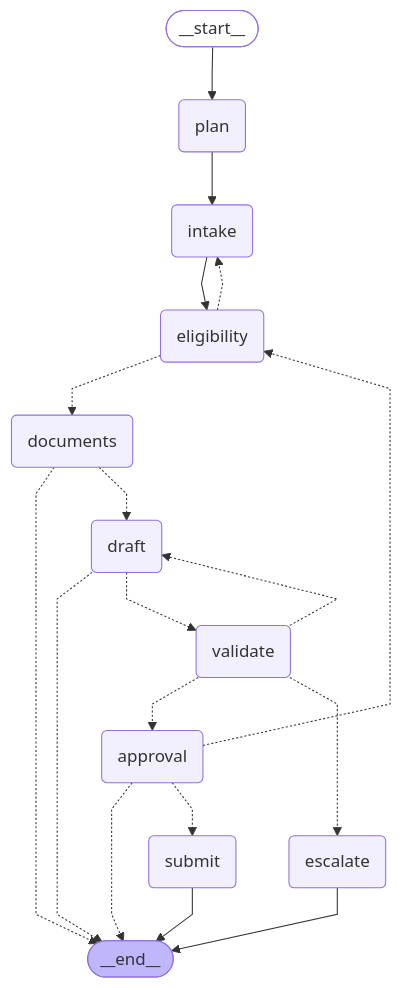
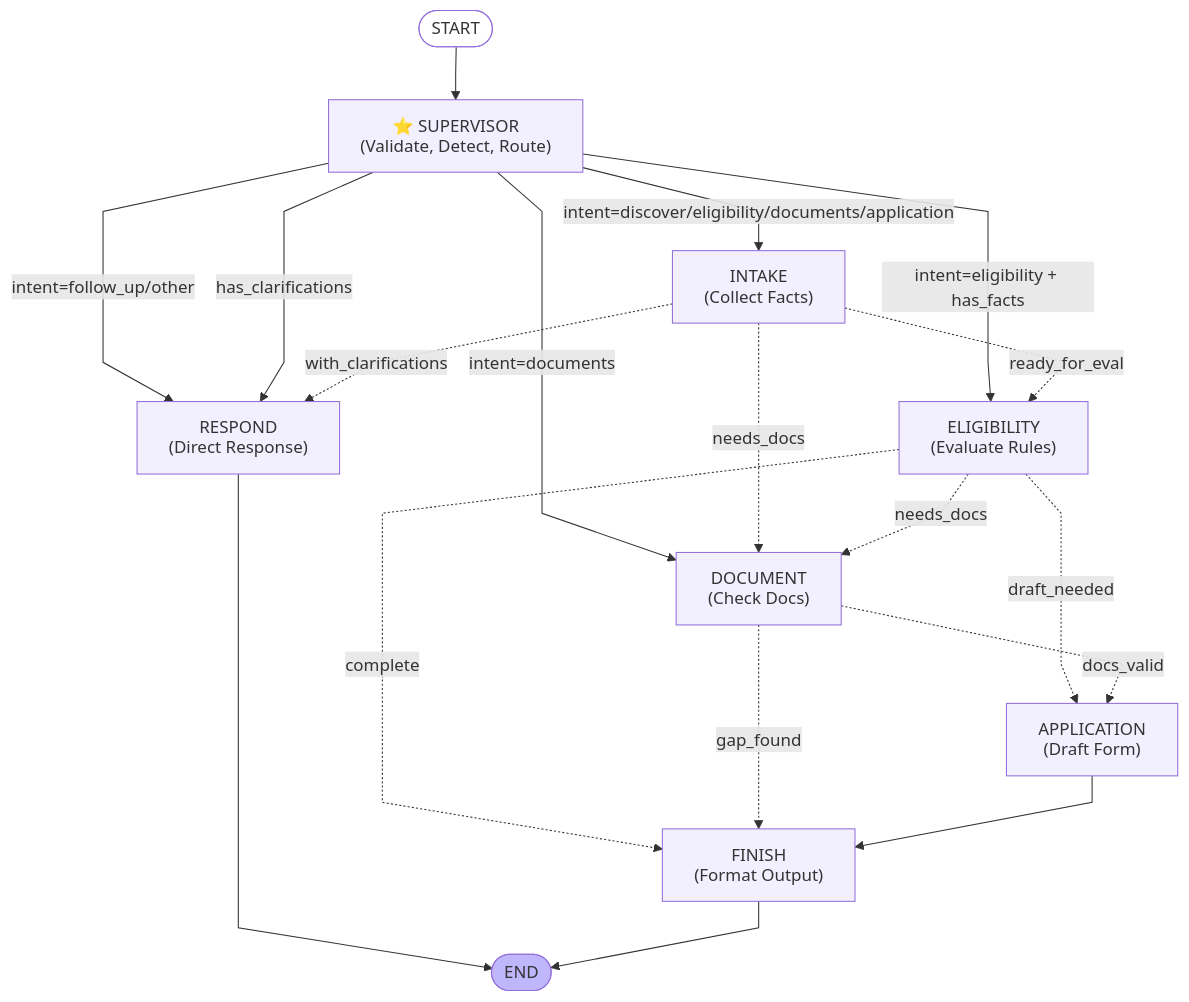
Before and after one commit to scheme-saathi/scheme-saathi: the diagram in docs/workflow-graph.md, drawn with Mermaid. The commit also changed other lines of this file and 2 other files, not shown here.

Commit message:
Update documentation to reflect Supervisor-first architecture
- TESTING_GUIDE_LOCAL.md: Update workflow execution order to show Supervisor as mandatory entry point first; add comprehensive workflow execution order diagram and verification section
- docs/workflow-graph.md: Replace old workflow graph with new Supervisor-first architecture; show conditional edges from Supervisor to all specialist agents
- AGENTS_REFERENCE_CARD.md: Update agent overview table to show Supervisor as first agent; update usage patterns, workflow state machine, and example conversations to reflect new flow; update quicklookup and remember sections

All 68 tests passing (15 workflow + 53 supervisor guardrails).

````diff
--- a/docs/workflow-graph.md
+++ b/docs/workflow-graph.md
@@ -9,39 +9,46 @@
 ```mermaid
 ---
 config:
   flowchart:
     curve: linear
 ---
 graph TD;
-	__start__([<p>__start__</p>]):::first
-	plan(plan)
-	intake(intake)
-	eligibility(eligibility)
-	documents(documents)
-	draft(draft)
-	validate(validate)
-	escalate(escalate)
-	approval(approval)
-	submit(submit)
-	__end__([<p>__end__</p>]):::last
-	__start__ --> plan;
-	approval -.-> __end__;
-	approval -.-> eligibility;
-	approval -.-> submit;
-	documents -.-> __end__;
-	documents -.-> draft;
-	draft -.-> __end__;
-	draft -.-> validate;
-	eligibility -.-> documents;
-	eligibility -.-> intake;
-	intake --> eligibility;
-	plan --> intake;
-	validate -.-> approval;
-	validate -.-> draft;
-	validate -.-> escalate;
-	escalate --> __end__;
-	submit --> __end__;
+	__start__([<p>START</p>]):::first
+	supervisor["⭐ SUPERVISOR<br/>(Validate, Detect, Route)"]
+	intake["INTAKE<br/>(Collect Facts)"]
+	eligibility["ELIGIBILITY<br/>(Evaluate Rules)"]
+	document_checker["DOCUMENT<br/>(Check Docs)"]
+	application["APPLICATION<br/>(Draft Form)"]
+	respond["RESPOND<br/>(Direct Response)"]
+	finish["FINISH<br/>(Format Output)"]
+	__end__([<p>END</p>]):::last
+	
+	__start__ --> supervisor;
+	
+	supervisor -->|intent=discover/eligibility/documents/application| intake;
+	supervisor -->|intent=eligibility + has_facts| eligibility;
+	supervisor -->|intent=documents| document_checker;
+	supervisor -->|intent=follow_up/other| respond;
+	supervisor -->|has_clarifications| respond;
+	
+	intake -.->|with_clarifications| respond;
+	intake -.->|ready_for_eval| eligibility;
+	intake -.->|needs_docs| document_checker;
+	
+	eligibility -.->|needs_docs| document_checker;
+	eligibility -.->|draft_needed| application;
+	eligibility -.->|complete| finish;
+	
+	document_checker -.->|gap_found| finish;
+	document_checker -.->|docs_valid| application;
+	
+	application --> finish;
+	
+	respond --> __end__;
+	finish --> __end__;
+	
 	classDef default fill:#f2f0ff,line-height:1.2
 	classDef first fill-opacity:0
 	classDef last fill:#bfb6fc
+	classDef supervisor fill:#fff4e6,stroke:#ff9800,stroke-width:3px
 ```
````
